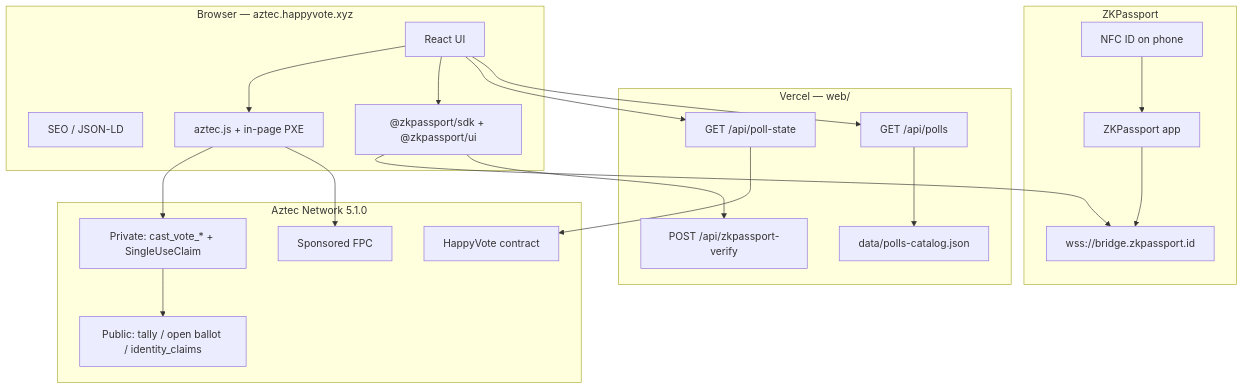
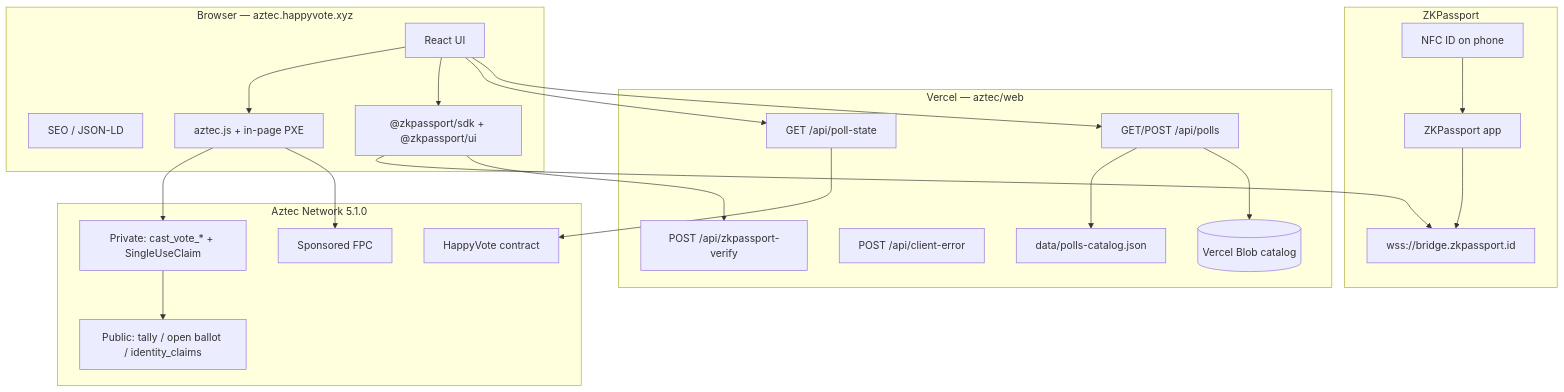
One commit to pittpv/happy-vote-aztec changed the first of 2 diagrams in docs/en/02-ARCHITECTURE.md. Above: the diagram before and after it, drawn with Mermaid. The commit also changed other lines of this file and 46 other files, not shown here.

````diff
--- a/docs/en/02-ARCHITECTURE.md
+++ b/docs/en/02-ARCHITECTURE.md
@@ -7,43 +7,46 @@
 ```mermaid
 flowchart TB
   subgraph Client["Browser — aztec.happyvote.xyz"]
     UI[React UI]
     SEO[SEO / JSON-LD]
     AZJS[aztec.js + in-page PXE]
     ZKP["@zkpassport/sdk + @zkpassport/ui"]
   end
 
-  subgraph Edge["Vercel — web/"]
+  subgraph Edge["Vercel — aztec/web"]
     PollState["GET /api/poll-state"]
-    PollsAPI["GET /api/polls"]
+    PollsAPI["GET/POST /api/polls"]
     ZkAPI["POST /api/zkpassport-verify"]
+    ErrAPI["POST /api/client-error"]
+    Blob[(Vercel Blob catalog)]
     Seed[data/polls-catalog.json]
   end
 
   subgraph Identity["ZKPassport"]
     Phone[NFC ID on phone]
     ZKPApp[ZKPassport app]
     Bridge[wss://bridge.zkpassport.id]
   end
 
   subgraph AztecL2["Aztec Network 5.1.0"]
     HV[HappyVote contract]
     PrivateExec["Private: cast_vote_* + SingleUseClaim"]
     PublicExec["Public: tally / open ballot / identity_claims"]
     FPC[Sponsored FPC]
   end
 
   UI --> AZJS
   UI --> ZKP
   UI --> PollState
   UI --> PollsAPI
   ZKP --> Bridge
   Phone --> ZKPApp
   ZKPApp --> Bridge
   ZKP --> ZkAPI
   PollsAPI --> Seed
+  PollsAPI --> Blob
   AZJS --> PrivateExec
   PrivateExec --> PublicExec
   AZJS --> FPC
   PollState --> HV
 ```
````
